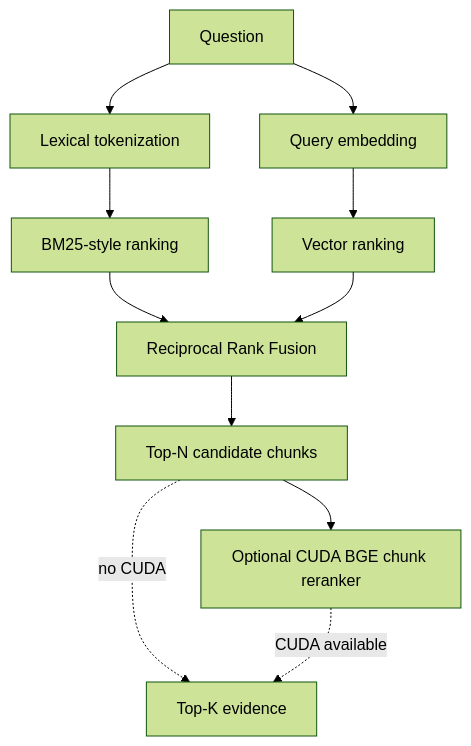
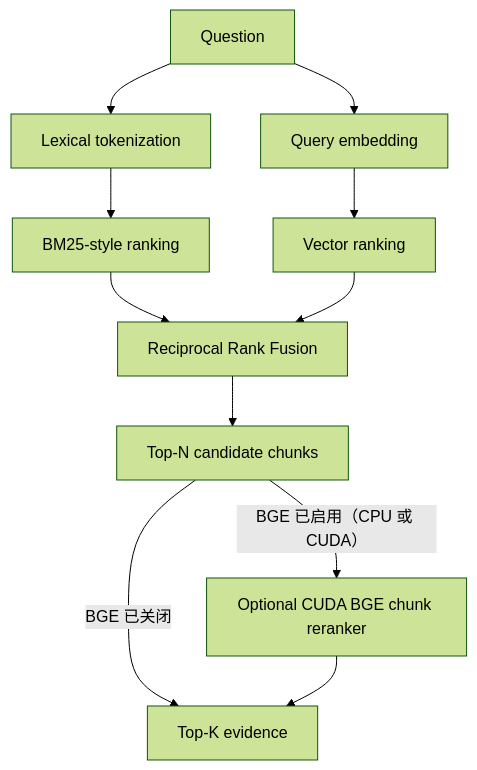
One commit to francis3253161180-maker/researchflow-agent changed the seventh of 14 diagrams in docs/knowledge-maps.md. Above: the diagram before and after it, drawn with Mermaid (forest theme). The commit also changed other lines of this file and 16 other files, not shown here.

````diff
--- a/docs/knowledge-maps.md
+++ b/docs/knowledge-maps.md
@@ -141,21 +141,21 @@
 ```mermaid
 flowchart TB
     QUERY[Question]
     TOKEN[Lexical tokenization]
     QEMB[Query embedding]
     BM25[BM25-style ranking]
     VECTOR[Vector ranking]
     RRF[Reciprocal Rank Fusion]
     CANDIDATES[Top-N candidate chunks]
     RERANK[Optional CUDA BGE chunk reranker]
     TOPK[Top-K evidence]
 
     QUERY --> TOKEN --> BM25
     QUERY --> QEMB --> VECTOR
     BM25 --> RRF
     VECTOR --> RRF
     RRF --> CANDIDATES
-    CANDIDATES --> RERANK
-    CANDIDATES -. no CUDA .-> TOPK
-    RERANK -. CUDA available .-> TOPK
+    CANDIDATES -->|"BGE 已关闭"| TOPK
+    CANDIDATES -->|"BGE 已启用（CPU 或 CUDA）"| RERANK
+    RERANK --> TOPK
 ```
````
